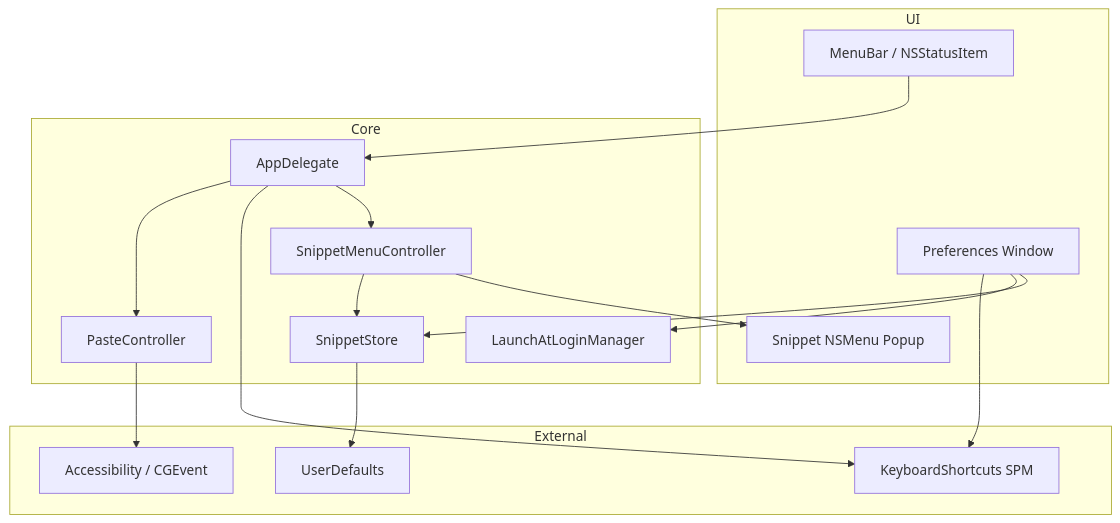
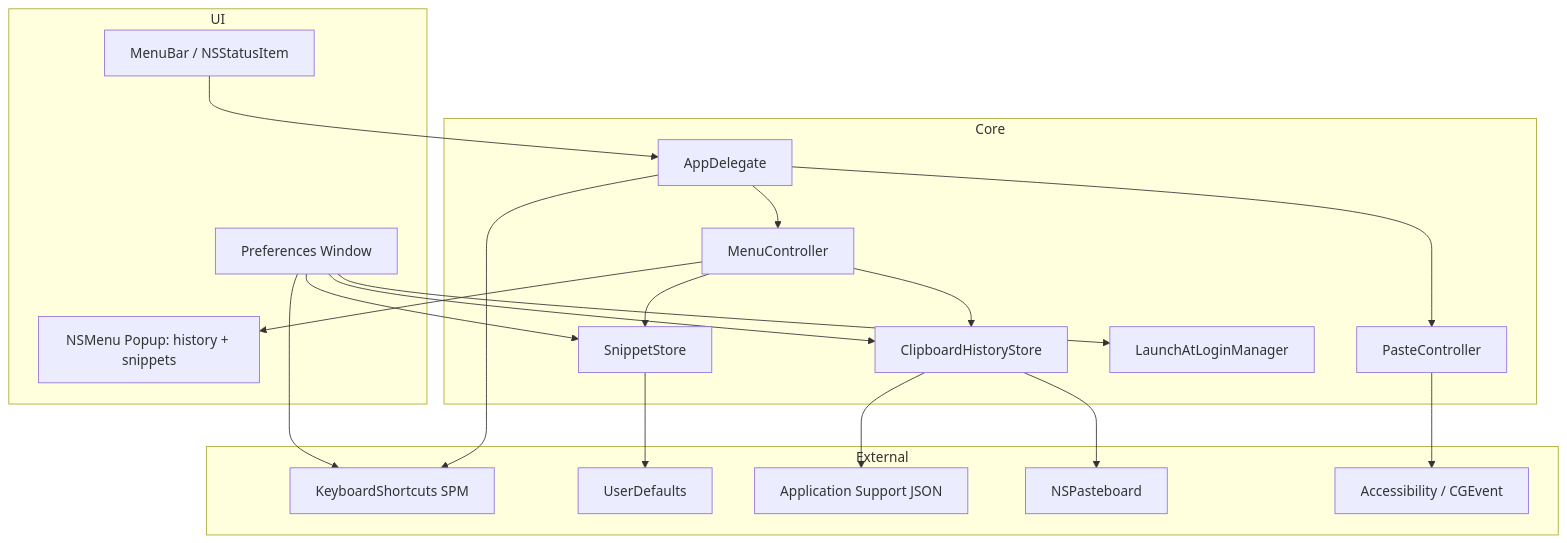
The diagram in docs/DESIGN.md (se-like/Snipet-Manager), drawn with Mermaid before and after one commit. The commit also changed other lines of this file and 16 other files, not shown here.

First line of the commit message:
Add Clipy-equivalent clipboard history

````diff
--- a/docs/DESIGN.md
+++ b/docs/DESIGN.md
@@ -43,34 +45,41 @@
 ```mermaid
 flowchart TB
   subgraph UI
     MB[MenuBar / NSStatusItem]
     PREF[Preferences Window]
-    MENU[Snippet NSMenu Popup]
+    MENU[NSMenu Popup: history + snippets]
   end
 
   subgraph Core
     AD[AppDelegate]
-    SMC[SnippetMenuController]
+    MC[MenuController]
     STORE[SnippetStore]
+    HIST[ClipboardHistoryStore]
     PC[PasteController]
     LAL[LaunchAtLoginManager]
   end
 
   subgraph External
     KS[KeyboardShortcuts SPM]
     UD[UserDefaults]
+    FS[Application Support JSON]
+    PB[NSPasteboard]
     AX[Accessibility / CGEvent]
   end
 
   MB --> AD
-  AD --> SMC
+  AD --> MC
   AD --> KS
-  SMC --> MENU
-  SMC --> STORE
+  MC --> MENU
+  MC --> STORE
+  MC --> HIST
   AD --> PC
   PREF --> STORE
+  PREF --> HIST
   PREF --> LAL
   PREF --> KS
   STORE --> UD
+  HIST --> FS
+  HIST --> PB
   PC --> AX
 ```
````
